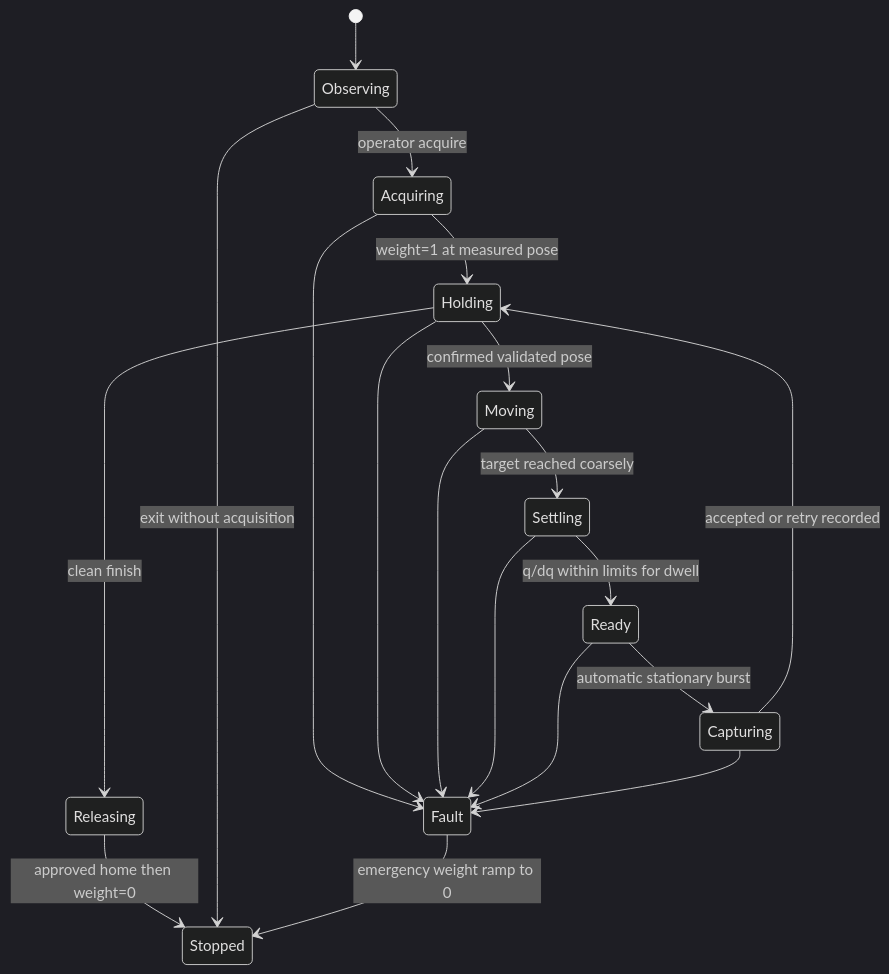
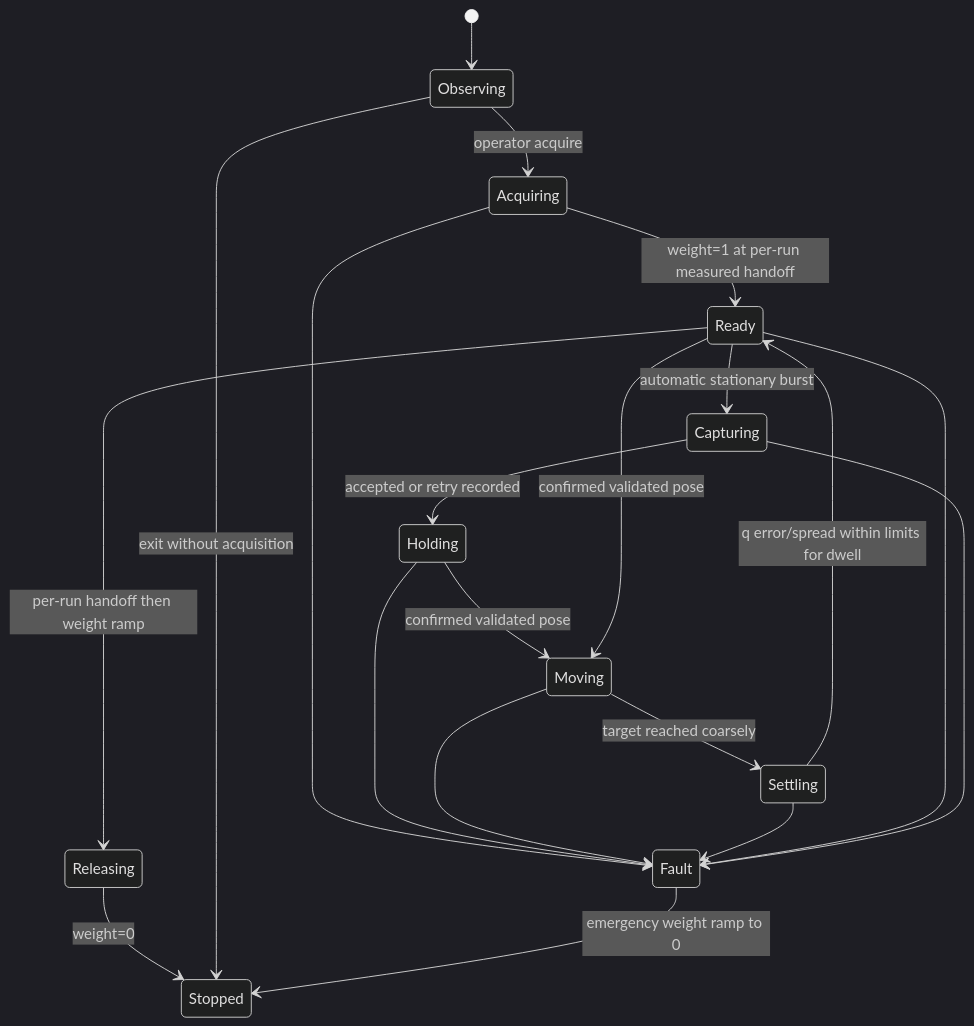
The second of 2 diagrams in docs/detailed_implementation_plan.md (sri299792458/robot-calibration-aprilcube-prototype), drawn with Mermaid (dark theme) before and after one commit. The commit also changed other lines of this file and 38 other files, not shown here.

````diff
--- a/docs/detailed_implementation_plan.md
+++ b/docs/detailed_implementation_plan.md
@@ -408,21 +414,22 @@
 ```mermaid
 stateDiagram-v2
     [*] --> Observing
     Observing --> Acquiring: operator acquire
-    Acquiring --> Holding: weight=1 at measured pose
+    Acquiring --> Ready: weight=1 at per-run measured handoff
     Holding --> Moving: confirmed validated pose
+    Ready --> Moving: confirmed validated pose
     Moving --> Settling: target reached coarsely
-    Settling --> Ready: q/dq within limits for dwell
+    Settling --> Ready: q error/spread within limits for dwell
     Ready --> Capturing: automatic stationary burst
     Capturing --> Holding: accepted or retry recorded
-    Holding --> Releasing: clean finish
-    Releasing --> Stopped: approved home then weight=0
+    Ready --> Releasing: per-run handoff then weight ramp
+    Releasing --> Stopped: weight=0
     Observing --> Stopped: exit without acquisition
     Acquiring --> Fault
     Holding --> Fault
     Moving --> Fault
     Settling --> Fault
     Ready --> Fault
     Capturing --> Fault
     Fault --> Stopped: emergency weight ramp to 0
 ```
````
